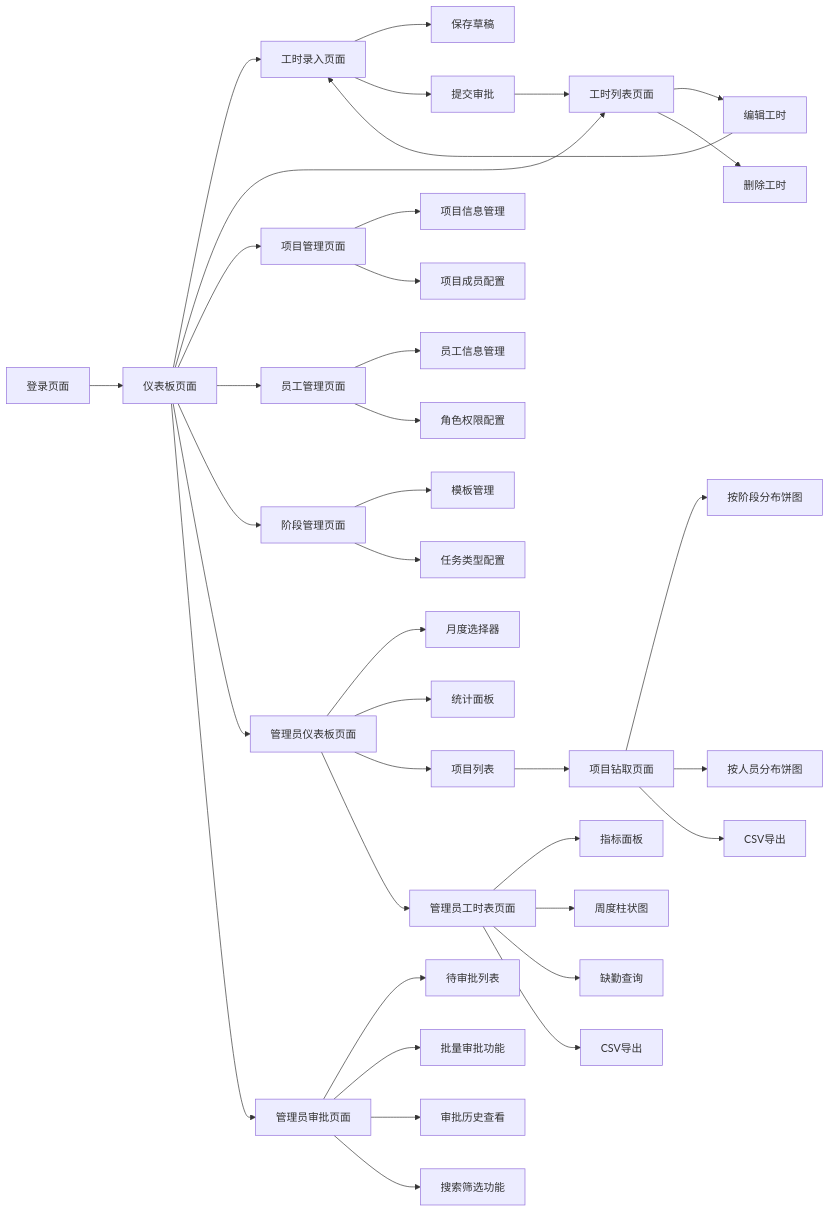
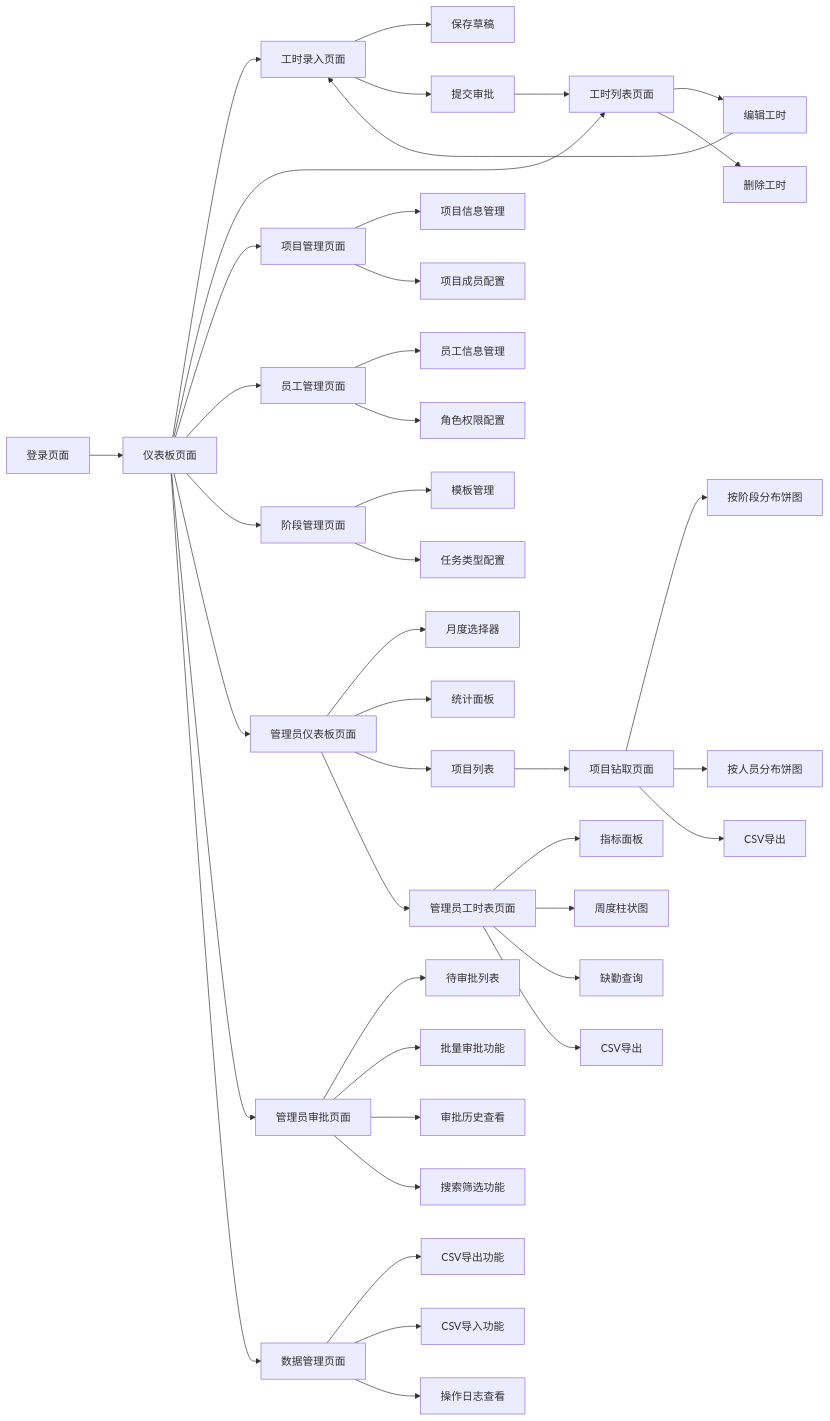
One commit to gearzhan/PRMKit changed the diagram in .trae/documents/PRMKit产品需求文档.md. Above: the diagram before and after it, drawn with Mermaid. The commit also changed other lines of this file and 18 other files, not shown here.

````diff
--- a/.trae/documents/PRMKit产品需求文档.md
+++ b/.trae/documents/PRMKit产品需求文档.md
@@ -123,45 +135,50 @@
 ```mermaid
 graph LR
     A[登录页面] --> B[仪表板页面]
     B --> C[工时录入页面]
     B --> D[工时列表页面]
     B --> E[项目管理页面]
     B --> F[员工管理页面]
     B --> G[阶段管理页面]
     B --> H[管理员仪表板页面]
     
     C --> C1[保存草稿]
     C --> C2[提交审批]
     C2 --> D
     D --> D1[编辑工时]
     D --> D2[删除工时]
     D1 --> C
     
     E --> E1[项目信息管理]
     E --> E2[项目成员配置]
     F --> F1[员工信息管理]
     F --> F2[角色权限配置]
     G --> G1[模板管理]
     G --> G2[任务类型配置]
     
     H --> H1[月度选择器]
     H --> H2[统计面板]
     H --> H3[项目列表]
     H3 --> I[项目钻取页面]
     H --> J[管理员工时表页面]
     
     I --> I1[按阶段分布饼图]
     I --> I2[按人员分布饼图]
     I --> I3[CSV导出]
     
     J --> J1[指标面板]
     J --> J2[周度柱状图]
     J --> J3[缺勤查询]
     J --> J4[CSV导出]
     
     B --> K[管理员审批页面]
     K --> K1[待审批列表]
     K --> K2[批量审批功能]
     K --> K3[审批历史查看]
     K --> K4[搜索筛选功能]
+    
+    B --> L[数据管理页面]
+    L --> L1[CSV导出功能]
+    L --> L2[CSV导入功能]
+    L --> L3[操作日志查看]
 ```
````
